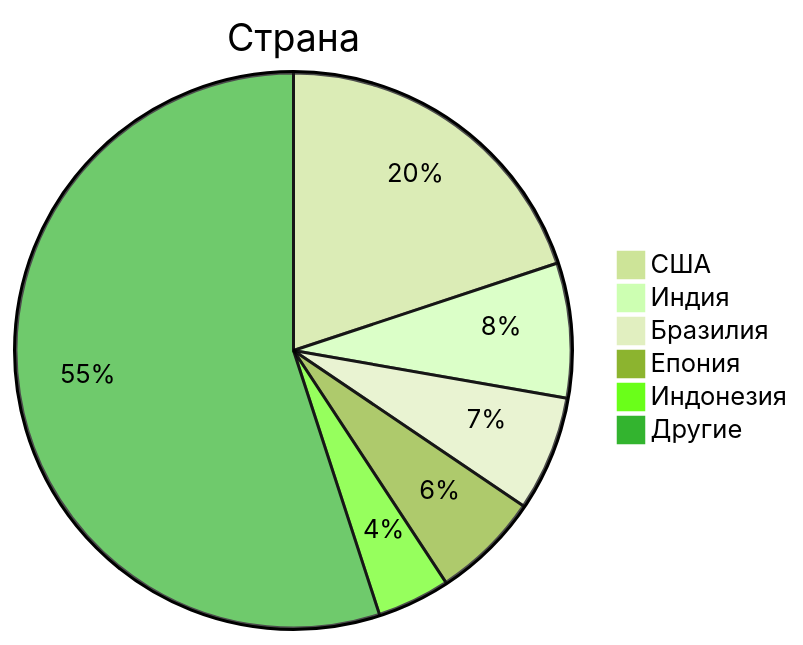
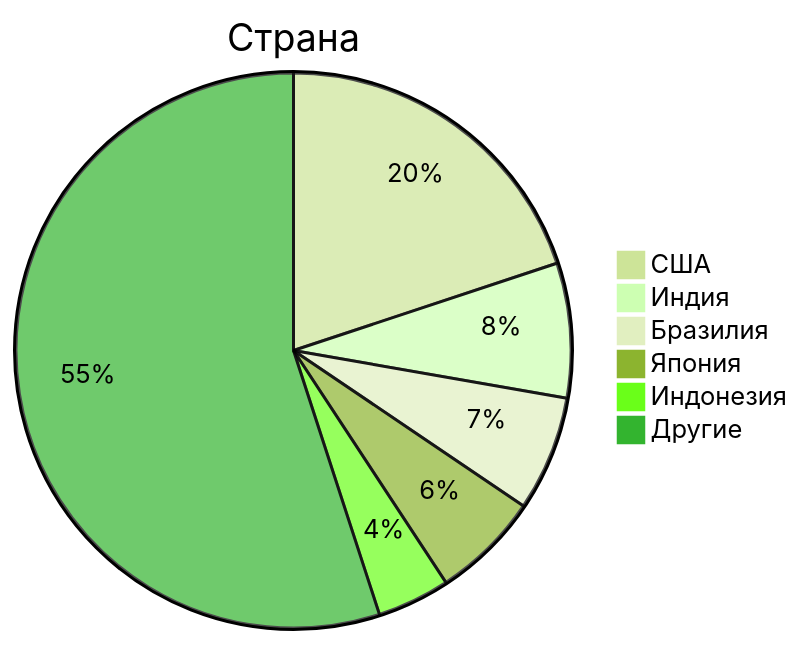
One commit to DeDxYk594/highload-google-cloud changed the first of 4 diagrams in README.md. Above: the diagram before and after it, drawn with Mermaid (forest theme). The commit also changed other lines of this file and 1 other file, not shown here.

````diff
--- a/README.md
+++ b/README.md
@@ -25,9 +31,9 @@
 ```mermaid
 pie title Страна
     "США" : 1991
     "Индия" : 784
     "Бразилия" : 671
-    "Епония" : 629
+    "Япония" : 629
     "Индонезия" : 424
     "Другие" : 5501
 ```
````
